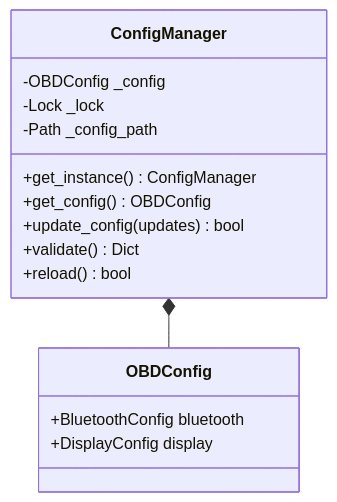
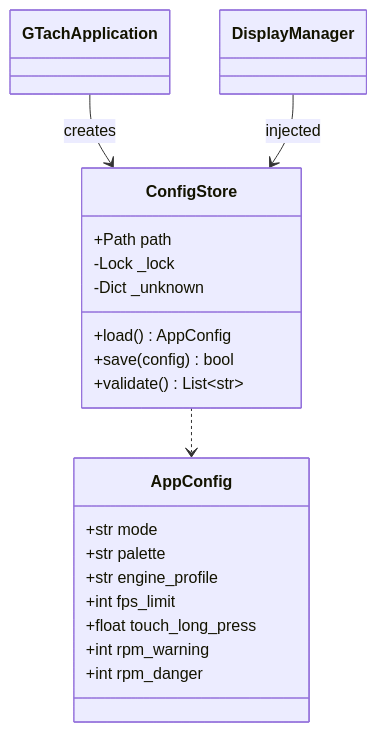
The first of 2 diagrams in ai/workspace/design/design-b4c5d6e7-component_utils_config_manager.md (William12556/GTach), drawn with Mermaid before and after one commit. The commit also changed other lines of this file and 20 other files, not shown here.

````diff
--- a/ai/workspace/design/design-b4c5d6e7-component_utils_config_manager.md
+++ b/ai/workspace/design/design-b4c5d6e7-component_utils_config_manager.md
@@ -285,20 +205,23 @@
 ```mermaid
 classDiagram
-    class ConfigManager {
-        -OBDConfig _config
+    class AppConfig {
+        +str mode
+        +str palette
+        +str engine_profile
+        +int fps_limit
+        +float touch_long_press
+        +int rpm_warning
+        +int rpm_danger
+    }
+    class ConfigStore {
+        +Path path
         -Lock _lock
-        -Path _config_path
-        +get_instance() ConfigManager
-        +get_config() OBDConfig
-        +update_config(updates) bool
-        +validate() Dict
-        +reload() bool
+        -Dict _unknown
+        +load() AppConfig
+        +save(config) bool
+        +validate() List~str~
     }
-    
-    class OBDConfig {
-        +BluetoothConfig bluetooth
-        +DisplayConfig display
-    }
-    
-    ConfigManager *-- OBDConfig
+    ConfigStore ..> AppConfig
+    GTachApplication --> ConfigStore : creates
+    DisplayManager --> ConfigStore : injected
 ```
````
